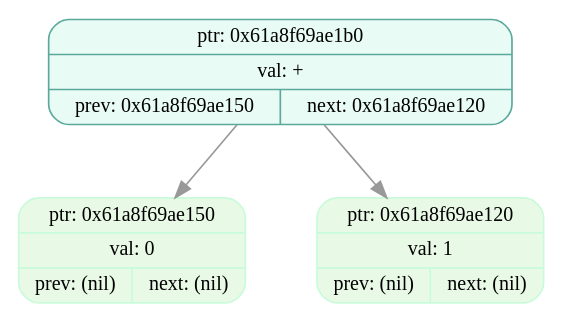
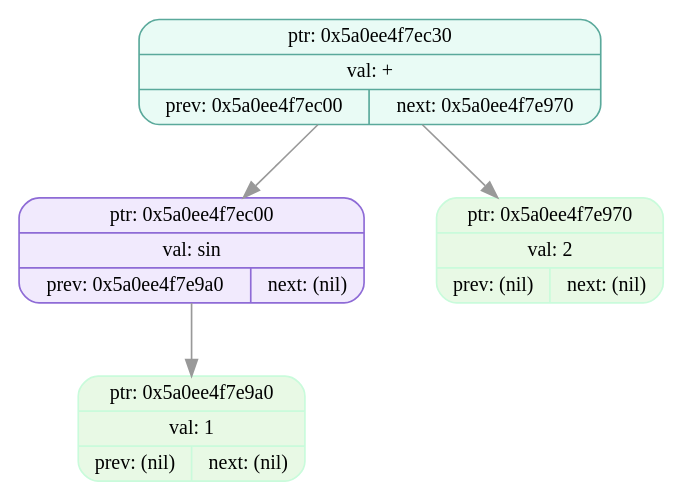
Before and after one commit to EvilTomato9890/Difference: the diagram in dumps/tree_dump_007.dot, drawn with Graphviz. The commit also changed 30 other files, not shown here.

```diff
--- a/dumps/tree_dump_007.dot
+++ b/dumps/tree_dump_007.dot
@@ -1,9 +1,11 @@
 digraph T{
   node [fontname="Fira Mono",shape=record,style="filled,rounded",fontsize=12];
   graph [splines=true, nodesep=0.6, ranksep=0.6];
-  node_0x61a8f69ae1b0[shape=record,label="{ {ptr: 0x61a8f69ae1b0} | {val: +} | { prev: 0x61a8f69ae150 | next: 0x61a8f69ae120 } }",color="#5aa99b",fillcolor="#e9fbf5"];
-  node_0x61a8f69ae150[shape=record,label="{ {ptr: 0x61a8f69ae150} | {val: 0} | { prev: (nil) | next: (nil) } }",color="#c9fbdbff",fillcolor="#e8f9e5ff"];
-  node_0x61a8f69ae120[shape=record,label="{ {ptr: 0x61a8f69ae120} | {val: 1} | { prev: (nil) | next: (nil) } }",color="#c9fbdbff",fillcolor="#e8f9e5ff"];
-  node_0x61a8f69ae1b0 -> node_0x61a8f69ae150 [color="#999999"];
-  node_0x61a8f69ae1b0 -> node_0x61a8f69ae120 [color="#999999"];
+  node_0x5a0ee4f7ec30[shape=record,label="{ {ptr: 0x5a0ee4f7ec30} | {val: +} | { prev: 0x5a0ee4f7ec00 | next: 0x5a0ee4f7e970 } }",color="#5aa99b",fillcolor="#e9fbf5"];
+  node_0x5a0ee4f7ec00[shape=record,label="{ {ptr: 0x5a0ee4f7ec00} | {val: sin} | { prev: 0x5a0ee4f7e9a0 | next: (nil) } }",color="#8e6bd6",fillcolor="#f1eafd"];
+  node_0x5a0ee4f7e9a0[shape=record,label="{ {ptr: 0x5a0ee4f7e9a0} | {val: 1} | { prev: (nil) | next: (nil) } }",color="#c9fbdbff",fillcolor="#e8f9e5ff"];
+  node_0x5a0ee4f7e970[shape=record,label="{ {ptr: 0x5a0ee4f7e970} | {val: 2} | { prev: (nil) | next: (nil) } }",color="#c9fbdbff",fillcolor="#e8f9e5ff"];
+  node_0x5a0ee4f7ec30 -> node_0x5a0ee4f7ec00 [color="#999999"];
+  node_0x5a0ee4f7ec30 -> node_0x5a0ee4f7e970 [color="#999999"];
+  node_0x5a0ee4f7ec00 -> node_0x5a0ee4f7e9a0 [color="#999999"];
 }
```
